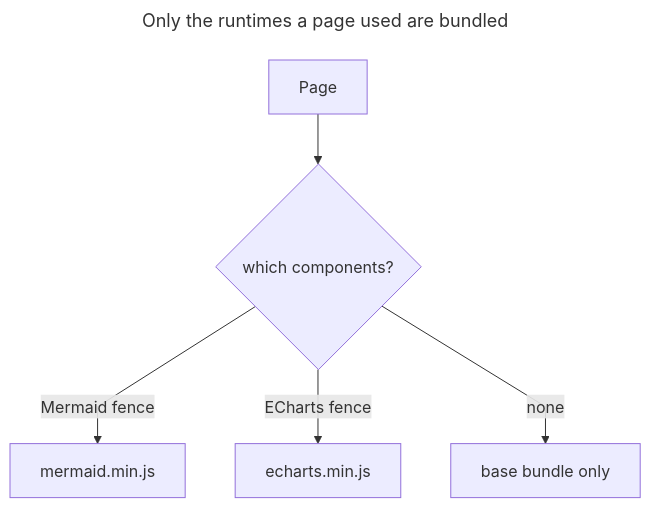
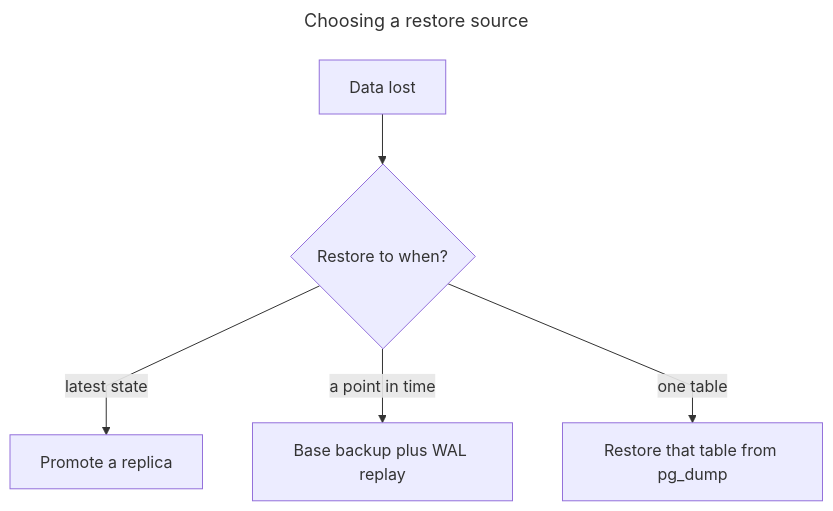
One commit to pgsty/oink.pgsty.com changed the seventh of 9 diagrams in content/docs/components/mermaid.md. Above: the diagram before and after it, drawn with Mermaid. The commit also changed other lines of this file and 148 other files, not shown here.

````diff
--- a/content/docs/components/mermaid.md
+++ b/content/docs/components/mermaid.md
@@ -249,13 +259,13 @@
 ```mermaid
 ---
-title: Only the runtimes a page used are bundled
+title: Choosing a restore source
 config:
   flowchart:
     curve: linear
 ---
 flowchart TD
-  Page --> Which{which components?}
-  Which -->|Mermaid fence| M[mermaid.min.js]
-  Which -->|ECharts fence| E[echarts.min.js]
-  Which -->|none| B[base bundle only]
+  Loss[Data lost] --> When{Restore to when?}
+  When -->|latest state| Promote[Promote a replica]
+  When -->|a point in time| PITR[Base backup plus WAL replay]
+  When -->|one table| Dump[Restore that table from pg_dump]
 ```
````
